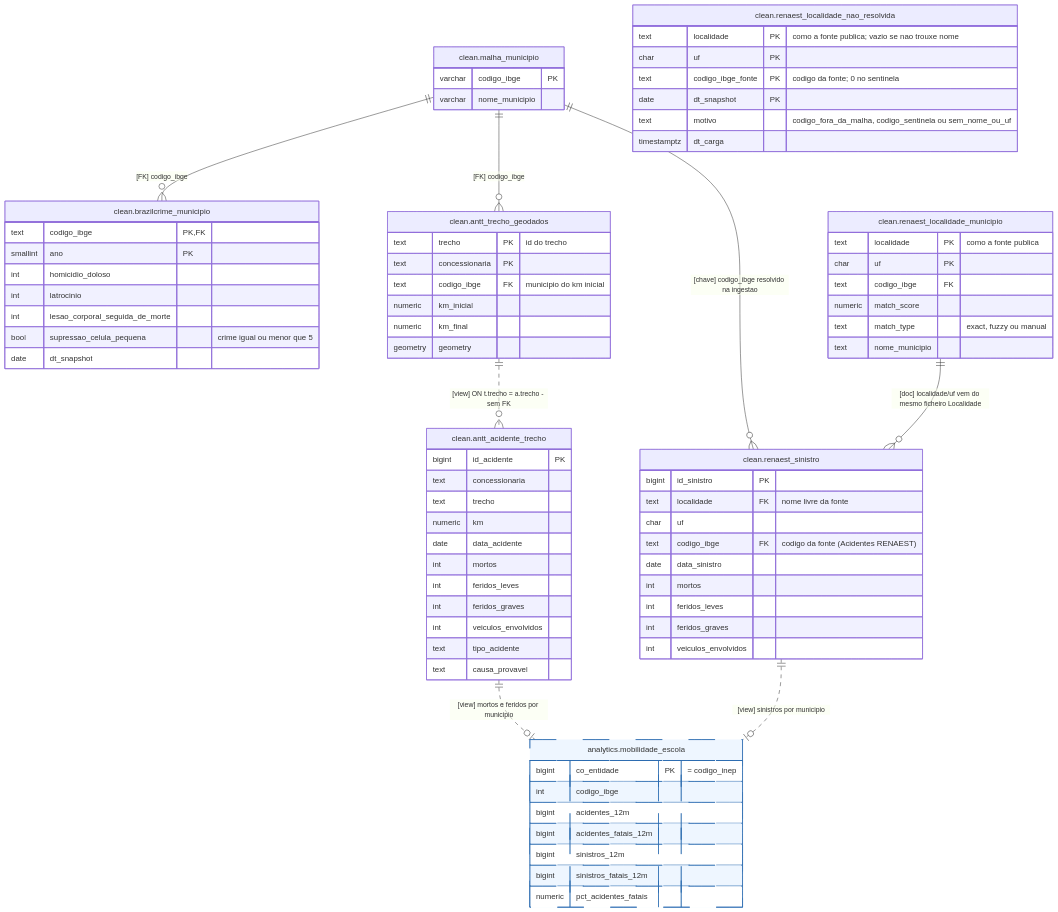
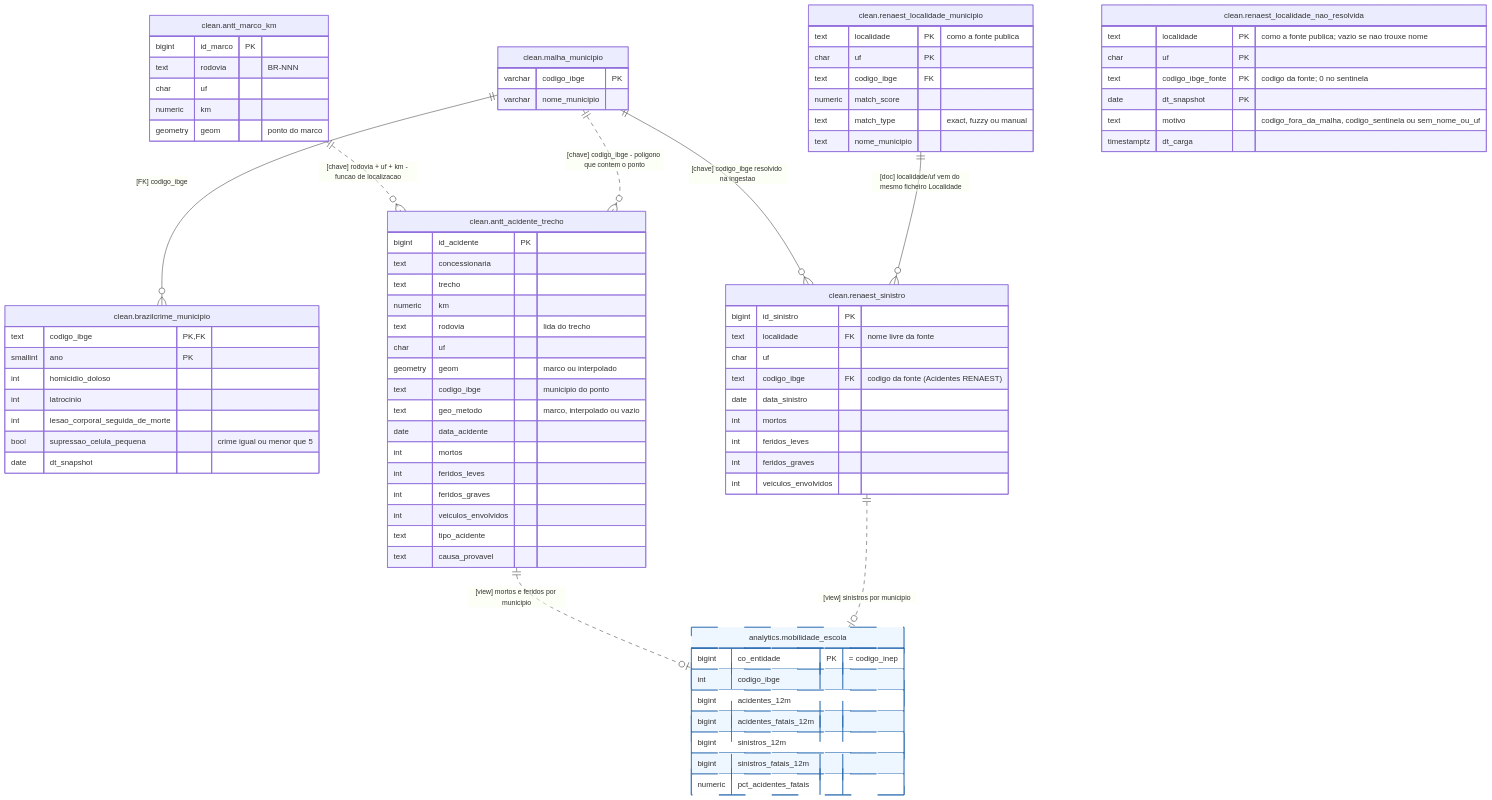
Before and after one commit to marcoarthur/edumaps: the diagram in docs/diagramas/07-risco-seguranca.mmd, drawn with Mermaid. The commit also changed 7 other files, not shown here.

First line of the commit message:
docs: acidentes ANTT por município (#168)

```diff
--- a/docs/diagramas/07-risco-seguranca.mmd
+++ b/docs/diagramas/07-risco-seguranca.mmd
@@ -1,95 +1,102 @@
 erDiagram
 %% 07 · Risco e segurança — acidentes de trânsito, sinistros rodoviários e
 %% criminalidade municipal. Duas coisas acontecem aqui:
 %%   (a) sinistros sao resolvidos para MUNICIPIO durante a ingestao pelo
 %%       codigo_ibge da propria fonte (Acidentes), com o de-para
 %%       renaest_localidade_municipio a fornecer localidade/UF; o que nao
 %%       resolve fica em renaest_localidade_nao_resolvida. Depois alimentam a
 %%       view de mobilidade do diagrama 05;
-%%   (b) a ligacao acidente->trecho e feita NA VIEW, sem FOREIGN KEY.
+%%   (b) o acidente da ANTT so traz trecho e km: o ponto sai dos marcos de km
+%%       (antt_marco_km, interpolando entre marcos vizinhos) e o municipio do
+%%       poligono da malha que contem o ponto (#168). Sem FOREIGN KEY: a
+%%       ligacao e feita por clean.antt_geolocalizar_acidentes().
 %% NAO existe view de risco consolidada no banco: brazilcrime e consumido
 %% diretamente pelo IVET no relatorio R (analysis/reports/new_data_sources.Rmd).
 
     clean.malha_municipio ||--o{ clean.brazilcrime_municipio : "[FK] codigo_ibge"
-    clean.malha_municipio ||--o{ clean.antt_trecho_geodados : "[FK] codigo_ibge"
     clean.malha_municipio ||--o{ clean.renaest_sinistro : "[chave] codigo_ibge resolvido na ingestao"
 
-    clean.antt_trecho_geodados ||..o{ clean.antt_acidente_trecho : "[view] ON t.trecho = a.trecho - sem FK"
+    clean.antt_marco_km ||..o{ clean.antt_acidente_trecho : "[chave] rodovia + uf + km - funcao de localizacao"
+    clean.malha_municipio ||..o{ clean.antt_acidente_trecho : "[chave] codigo_ibge - poligono que contem o ponto"
     clean.renaest_localidade_municipio ||--o{ clean.renaest_sinistro : "[doc] localidade/uf vem do mesmo ficheiro Localidade"
 
     clean.antt_acidente_trecho ||..o| analytics.mobilidade_escola : "[view] mortos e feridos por municipio"
     clean.renaest_sinistro ||..o| analytics.mobilidade_escola : "[view] sinistros por municipio"
 
     clean.malha_municipio {
         varchar codigo_ibge PK
         varchar nome_municipio
     }
     clean.brazilcrime_municipio {
         text codigo_ibge PK,FK
         smallint ano PK
         int homicidio_doloso
         int latrocinio
         int lesao_corporal_seguida_de_morte
         bool supressao_celula_pequena "crime igual ou menor que 5"
         date dt_snapshot
     }
-    clean.antt_trecho_geodados {
-        text trecho PK "id do trecho"
-        text concessionaria PK
-        text codigo_ibge FK "municipio do km inicial"
-        numeric km_inicial
-        numeric km_final
-        geometry geometry
+    clean.antt_marco_km {
+        bigint id_marco PK
+        text rodovia "BR-NNN"
+        char uf
+        numeric km
+        geometry geom "ponto do marco"
     }
     clean.antt_acidente_trecho {
         bigint id_acidente PK
         text concessionaria
         text trecho
         numeric km
+        text rodovia "lida do trecho"
+        char uf
+        geometry geom "marco ou interpolado"
+        text codigo_ibge "municipio do ponto"
+        text geo_metodo "marco, interpolado ou vazio"
         date data_acidente
         int mortos
         int feridos_leves
         int feridos_graves
         int veiculos_envolvidos
         text tipo_acidente
         text causa_provavel
     }
     clean.renaest_localidade_municipio {
         text localidade PK "como a fonte publica"
         char uf PK
         text codigo_ibge FK
         numeric match_score
         text match_type "exact, fuzzy ou manual"
         text nome_municipio
     }
     clean.renaest_localidade_nao_resolvida {
         text localidade PK "como a fonte publica; vazio se nao trouxe nome"
         char uf PK
         text codigo_ibge_fonte PK "codigo da fonte; 0 no sentinela"
         date dt_snapshot PK
         text motivo "codigo_fora_da_malha, codigo_sentinela ou sem_nome_ou_uf"
         timestamptz dt_carga
     }
     clean.renaest_sinistro {
         bigint id_sinistro PK
         text localidade FK "nome livre da fonte"
         char uf
         text codigo_ibge FK "codigo da fonte (Acidentes RENAEST)"
         date data_sinistro
         int mortos
         int feridos_leves
         int feridos_graves
         int veiculos_envolvidos
     }
     analytics.mobilidade_escola {
         bigint co_entidade PK " = codigo_inep"
         int codigo_ibge
         bigint acidentes_12m
         bigint acidentes_fatais_12m
         bigint sinistros_12m
         bigint sinistros_fatais_12m
         numeric pct_acidentes_fatais
     }
 
     classDef view fill:#eef6ff,stroke:#2b6cb0,stroke-dasharray: 5 4
     class analytics.mobilidade_escola view
```
